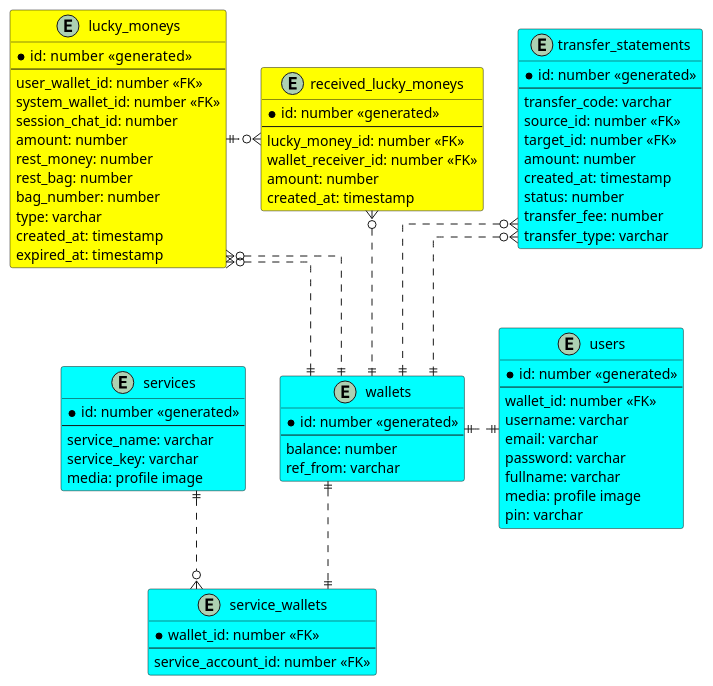
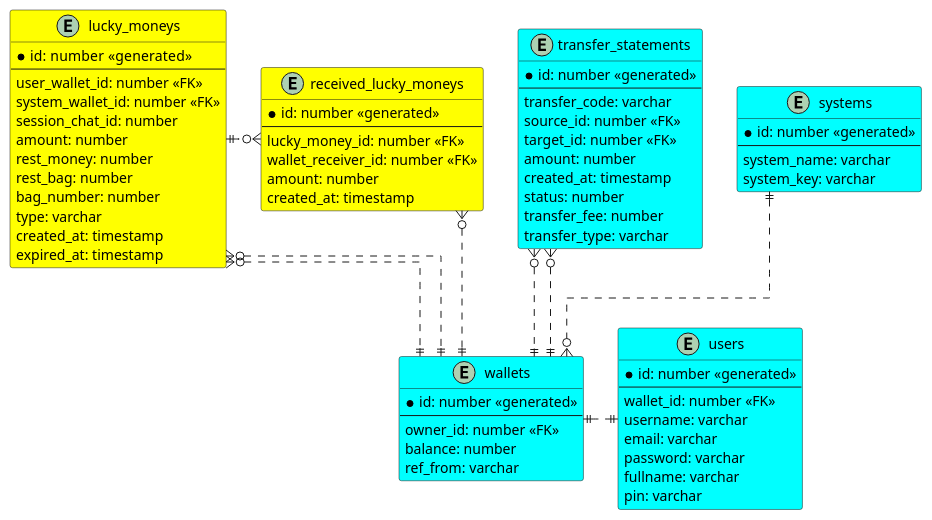
One commit to ntan1902/hey-app changed the diagram in documents/uml/system design/database_diagram.puml. Above: the diagram before and after it, drawn with PlantUML. The commit also changed 32 other files, not shown here.

```diff
--- a/documents/uml/system design/database_diagram.puml
+++ b/documents/uml/system design/database_diagram.puml
@@ -2,110 +2,101 @@
 @startuml
 
 ' hide the spot
 ' hide circle
 
 ' avoid problems with angled crows feet
 skinparam linetype ortho
 
 entity "users" as users #Aqua{
     *id: number <<generated>>
     --
     wallet_id: number <<FK>>
     username: varchar
     email: varchar
     password: varchar
     fullname: varchar
-    media: profile image
     pin: varchar
 }
 
 ' LuckyMoney Service: 
 ' - service_name: LuckyMoney
 ' - service_key: 
 ' ----> Request Auth Service -> JWToken Service 
 ' LuckyMoney vS Payment 
 ' LuckyMoney ----> Request Auth Service -> JWToken Service
 ' LuckyMoney dùng JWToken vừa có để request danh sách  wallets của nó
 ' sử dụng list wallets này ntn thì tuỳ nó 
 
 ' LuckyMoney request lên payment chuyển tiền. Tới... với cái
 ' wallet id nào của nó  
 
-entity "services" #Aqua{
+entity "systems" #Aqua{
     *id: number <<generated>>
     --
-    service_name: varchar
-    service_key: varchar
-    media: profile image
+    system_name: varchar
+    system_key: varchar
 }
-
-entity "service_wallets" #Aqua{
-    *wallet_id: number <<FK>>
-    --
-    service_account_id: number <<FK>>
-}
-
 
 
 entity "wallets" as wallets #Aqua{
     *id: number <<generated>>
     --
+    owner_id: number <<FK>>
     balance: number    
     ref_from: varchar
 }
 
 entity "transfer_statements" as transfer_statements #Aqua {
     *id: number <<generated>>
     --
     transfer_code: varchar
     source_id: number <<FK>>
     target_id: number <<FK>>
     amount: number
     created_at: timestamp
     status: number
     transfer_fee: number
     transfer_type: varchar
 }
 
 entity "lucky_moneys" as lucky_moneys #Yellow{
     *id: number  <<generated>>
     --
     user_wallet_id: number <<FK>>
     system_wallet_id: number <<FK>>
     session_chat_id: number
     amount: number
     rest_money: number
     rest_bag: number
     bag_number: number
     type: varchar
     created_at: timestamp
     expired_at: timestamp
 }
 
 entity "received_lucky_moneys" as received_luckey_moneys #Yellow{
     *id: number <<generated>>
     --
     lucky_money_id: number <<FK>>
     wallet_receiver_id: number <<FK>>
     amount: number
     created_at: timestamp
 }
 
 wallets ||.up.o{ transfer_statements
 wallets ||.up.o{ transfer_statements
 
 wallets ||.up.o{ lucky_moneys
 wallets ||.up.o{ lucky_moneys
 
 wallets ||.up.o{ received_luckey_moneys
 
 users ||.left.|| wallets
 
-services ||..o{ service_wallets
-wallets ||..|| service_wallets
+systems ||..o{ wallets
 
 
 lucky_moneys ||.right.o{ received_luckey_moneys
 
 
 @enduml
```
